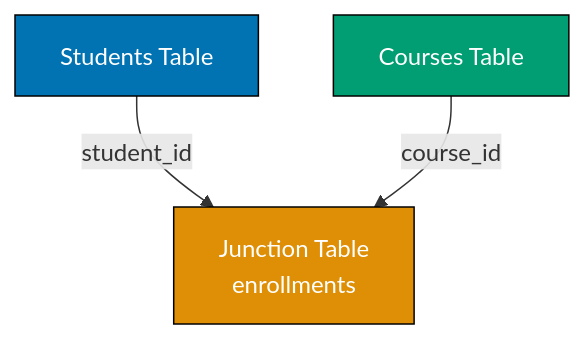
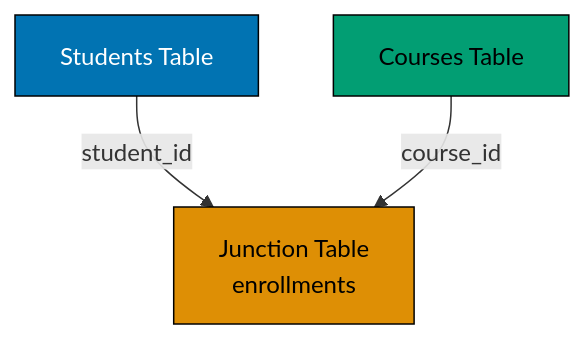
Before and after one commit to wahidyankf/ose-public: the seventh of 10 diagrams in apps/ayokoding-www/content/en/learn/legacy/software-engineering/data/databases/sql/by-example/advanced.md, drawn with Mermaid. The commit also changed other lines of this file and 131 other files, not shown here.

First line of the commit message:
fix(mermaid): bring the legacy data, infrastructure, and testing diagrams onto the accessible palette

````diff
--- a/apps/ayokoding-www/content/en/learn/legacy/software-engineering/data/databases/sql/by-example/advanced.md
+++ b/apps/ayokoding-www/content/en/learn/legacy/software-engineering/data/databases/sql/by-example/advanced.md
@@ -926,14 +970,20 @@
 ```mermaid
 %% Color Palette: Blue #0173B2, Orange #DE8F05, Teal #029E73, Purple #CC78BC, Brown #CA9161
 graph TD
+    accTitle: Example 67: Many-to-Many Relationship with Junction Table
+    accDescr: Graph with 3 nodes and 2 connections. Nodes: Students Table, Junction Table enrollments, Courses Table. Connections: Students Table to Junction Table enrollments (student_id), Courses Table to Junction Table enrollments (course_id).
     A["Students Table"]
     B["Junction Table<br/>enrollments"]
     C["Courses Table"]
 
     A -->|student_id| B
     C -->|course_id| B
 
-    style A fill:#0173B2,stroke:#000,color:#fff
-    style B fill:#DE8F05,stroke:#000,color:#fff
-    style C fill:#029E73,stroke:#000,color:#fff
+    classDef pal-0173B2 fill:#0173B2,stroke:#000000,color:#FFFFFF
+    class A pal-0173B2
+    classDef pal-DE8F05 fill:#DE8F05,stroke:#000000,color:#000000
+    class B pal-DE8F05
+    classDef pal-029E73 fill:#029E73,stroke:#000000,color:#000000
+    class C pal-029E73
+    classDef default fill:#FFFFFF,stroke:#000000,color:#000000
 ```
````
